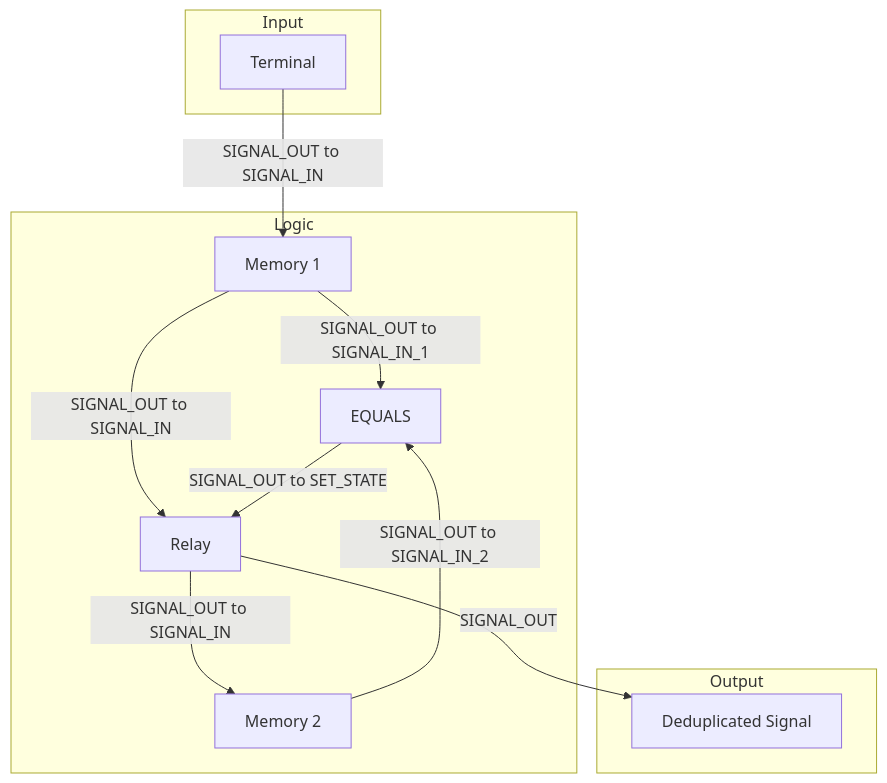
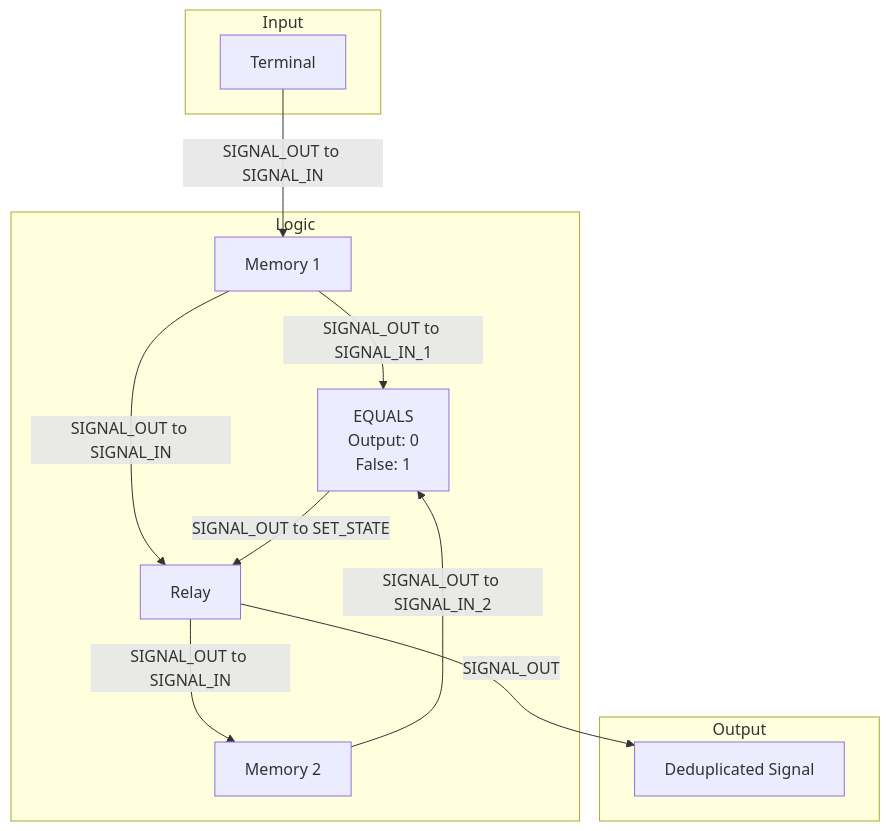
One commit to Xavrax/barotrauma changed the diagram in summer_2k25_0/09-TerminalDeduplicator.md. Above: the diagram before and after it, drawn with Mermaid. The commit also changed other lines of this file, not shown here.

````diff
--- a/summer_2k25_0/09-TerminalDeduplicator.md
+++ b/summer_2k25_0/09-TerminalDeduplicator.md
@@ -39,26 +39,26 @@
 ```mermaid
 graph TD;
     subgraph Input
         TERMINAL["Terminal"];
     end
 
     subgraph Logic
         MEM1["Memory 1"];
         MEM2["Memory 2"];
-        EQUALS["EQUALS"];
+        EQUALS["EQUALS<br/>Output: 0<br/>False: 1"];
         RELAY["Relay"];
     end
 
     subgraph Output
         DEDUPLICATED_OUT["Deduplicated Signal"];
     end
 
     TERMINAL -- "SIGNAL_OUT to SIGNAL_IN" --> MEM1;
     MEM1 -- "SIGNAL_OUT to SIGNAL_IN_1" --> EQUALS;
     MEM1 -- "SIGNAL_OUT to SIGNAL_IN" --> RELAY;
     RELAY -- "SIGNAL_OUT to SIGNAL_IN" --> MEM2;
     MEM2 -- "SIGNAL_OUT to SIGNAL_IN_2" --> EQUALS;
     EQUALS -- "SIGNAL_OUT to SET_STATE" --> RELAY;
     RELAY -- "SIGNAL_OUT" --> DEDUPLICATED_OUT;
 
 ```
````
